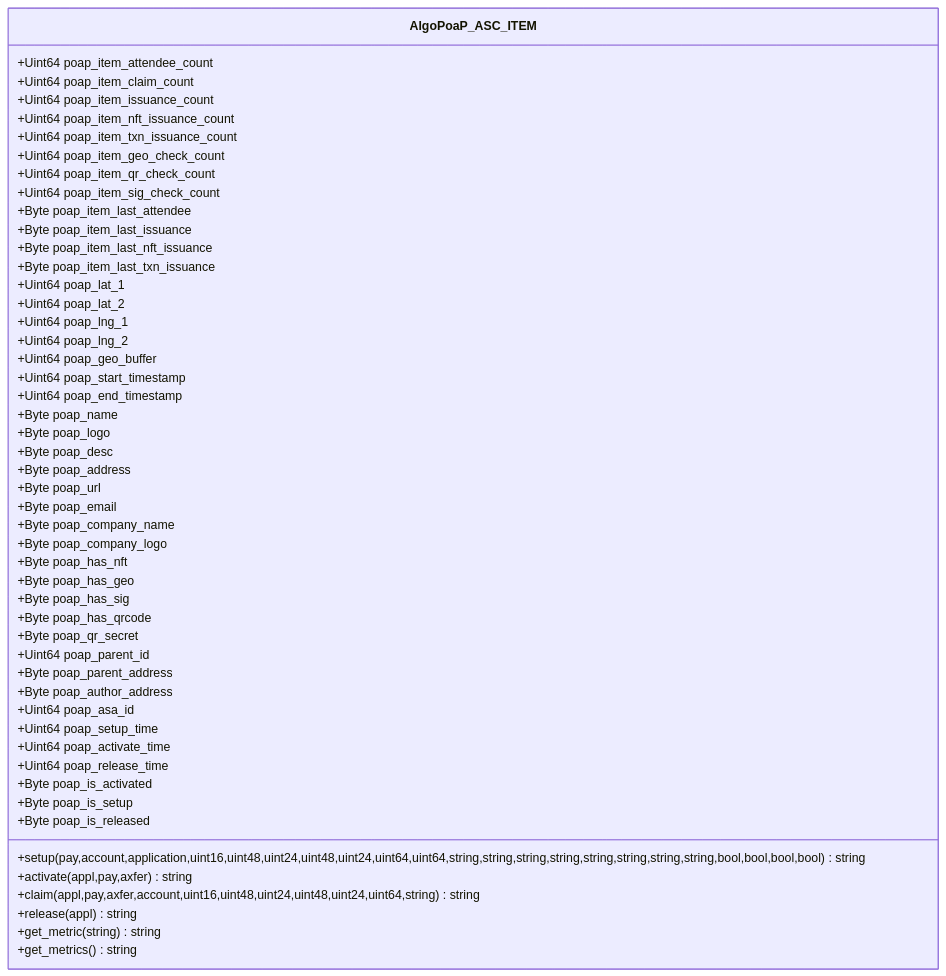
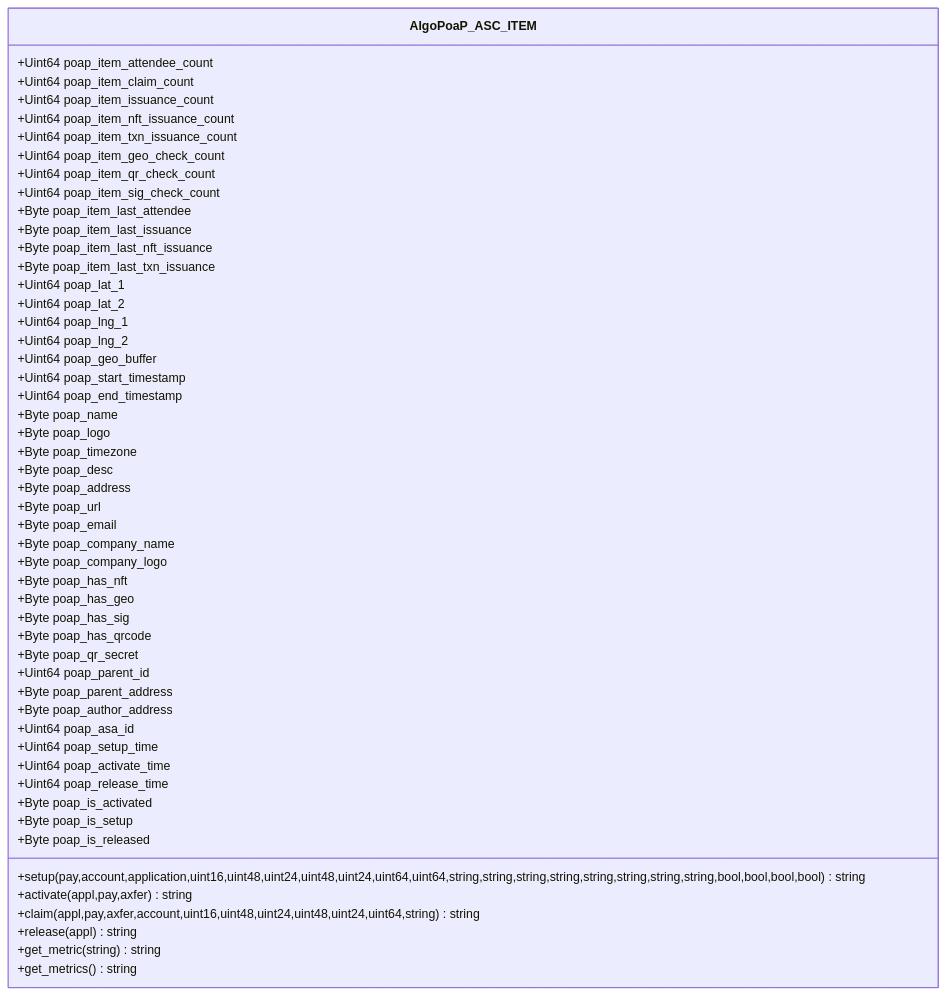
The tenth of 10 diagrams in profile/README.md (GoPlausible/.github), drawn with Mermaid before and after one commit. The commit also changed other lines of this file, not shown here.

````diff
--- a/profile/README.md
+++ b/profile/README.md
@@ -612,70 +612,71 @@
 ```mermaid
   classDiagram
     class AlgoPoaP_ASC_ITEM
     AlgoPoaP_ASC_ITEM : +Uint64 poap_item_attendee_count
     AlgoPoaP_ASC_ITEM : +Uint64 poap_item_claim_count
     AlgoPoaP_ASC_ITEM : +Uint64 poap_item_issuance_count
     AlgoPoaP_ASC_ITEM : +Uint64 poap_item_nft_issuance_count
     AlgoPoaP_ASC_ITEM : +Uint64 poap_item_txn_issuance_count
 
     AlgoPoaP_ASC_ITEM : +Uint64 poap_item_geo_check_count
     AlgoPoaP_ASC_ITEM : +Uint64 poap_item_qr_check_count
     AlgoPoaP_ASC_ITEM : +Uint64 poap_item_sig_check_count
 
   
     AlgoPoaP_ASC_ITEM : +Byte poap_item_last_attendee
     AlgoPoaP_ASC_ITEM : +Byte poap_item_last_issuance
     AlgoPoaP_ASC_ITEM : +Byte poap_item_last_nft_issuance
     AlgoPoaP_ASC_ITEM : +Byte poap_item_last_txn_issuance
 
 
     AlgoPoaP_ASC_ITEM : +Uint64 poap_lat_1
     AlgoPoaP_ASC_ITEM : +Uint64 poap_lat_2
     AlgoPoaP_ASC_ITEM : +Uint64 poap_lng_1
     AlgoPoaP_ASC_ITEM : +Uint64 poap_lng_2
     AlgoPoaP_ASC_ITEM : +Uint64 poap_geo_buffer
     AlgoPoaP_ASC_ITEM : +Uint64 poap_start_timestamp
     AlgoPoaP_ASC_ITEM : +Uint64 poap_end_timestamp
     AlgoPoaP_ASC_ITEM : +Byte poap_name
     AlgoPoaP_ASC_ITEM : +Byte poap_logo
+    AlgoPoaP_ASC_ITEM : +Byte poap_timezone
     AlgoPoaP_ASC_ITEM : +Byte poap_desc
     AlgoPoaP_ASC_ITEM : +Byte poap_address
     AlgoPoaP_ASC_ITEM : +Byte poap_url
     AlgoPoaP_ASC_ITEM : +Byte poap_email
     AlgoPoaP_ASC_ITEM : +Byte poap_company_name
     AlgoPoaP_ASC_ITEM : +Byte poap_company_logo
     AlgoPoaP_ASC_ITEM : +Byte poap_has_nft
     AlgoPoaP_ASC_ITEM : +Byte poap_has_geo
     AlgoPoaP_ASC_ITEM : +Byte poap_has_sig
     AlgoPoaP_ASC_ITEM : +Byte poap_has_qrcode
     AlgoPoaP_ASC_ITEM : +Byte poap_qr_secret
 
 
     AlgoPoaP_ASC_ITEM : +Uint64 poap_parent_id
     AlgoPoaP_ASC_ITEM : +Byte poap_parent_address
     AlgoPoaP_ASC_ITEM : +Byte poap_author_address
     AlgoPoaP_ASC_ITEM : +Uint64 poap_asa_id
 
     AlgoPoaP_ASC_ITEM : +Uint64 poap_setup_time
     AlgoPoaP_ASC_ITEM : +Uint64 poap_activate_time
     AlgoPoaP_ASC_ITEM : +Uint64 poap_release_time
 
 
      AlgoPoaP_ASC_ITEM : +Byte poap_is_activated
     AlgoPoaP_ASC_ITEM : +Byte poap_is_setup
     AlgoPoaP_ASC_ITEM : +Byte poap_is_released
 
 
 
  
 
     AlgoPoaP_ASC_ITEM : +setup(pay,account,application,uint16,uint48,uint24,uint48,uint24,uint64,uint64,string,string,string,string,string,string,string,string,bool,bool,bool,bool)string
     AlgoPoaP_ASC_ITEM : +activate(appl,pay,axfer)string
     AlgoPoaP_ASC_ITEM : +claim(appl,pay,axfer,account,uint16,uint48,uint24,uint48,uint24,uint64,string)string
     AlgoPoaP_ASC_ITEM : +release(appl)string
     AlgoPoaP_ASC_ITEM : +get_metric(string)string
     AlgoPoaP_ASC_ITEM : +get_metrics()string
     
   
     
 ```
````
